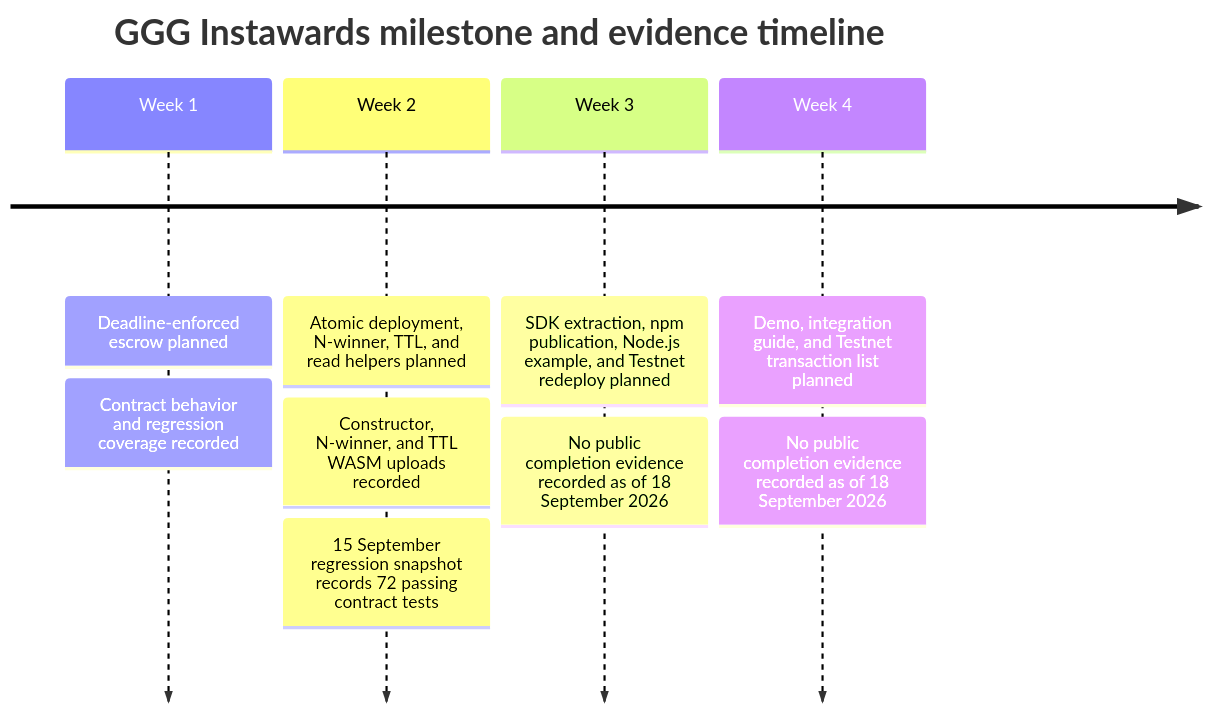
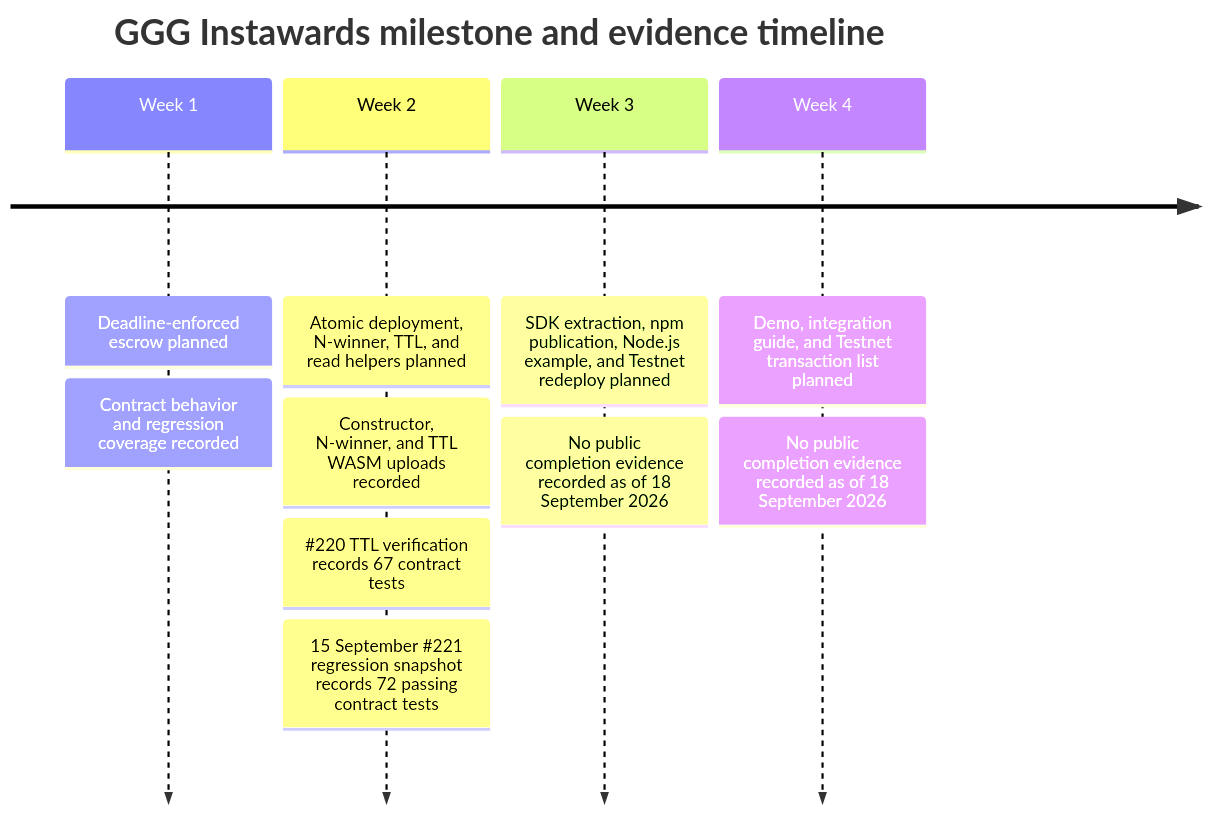
One commit to artisam-ggg/ggg changed the diagram in docs/gitbook/reference/milestone-timeline.md. Above: the diagram before and after it, drawn with Mermaid. The commit also changed other lines of this file, not shown here.

Commit message:
docs: clarify regression test timeline

````diff
--- a/docs/gitbook/reference/milestone-timeline.md
+++ b/docs/gitbook/reference/milestone-timeline.md
@@ -5,13 +5,14 @@
 ```mermaid
 timeline
     title GGG Instawards milestone and evidence timeline
     Week 1 : Deadline-enforced escrow planned
            : Contract behavior and regression coverage recorded
     Week 2 : Atomic deployment, N-winner, TTL, and read helpers planned
            : Constructor, N-winner, and TTL WASM uploads recorded
-           : 15 September regression snapshot records 72 passing contract tests
+           : #220 TTL verification records 67 contract tests
+           : 15 September #221 regression snapshot records 72 passing contract tests
     Week 3 : SDK extraction, npm publication, Node.js example, and Testnet redeploy planned
            : No public completion evidence recorded as of 18 September 2026
     Week 4 : Demo, integration guide, and Testnet transaction list planned
            : No public completion evidence recorded as of 18 September 2026
 ```
````
